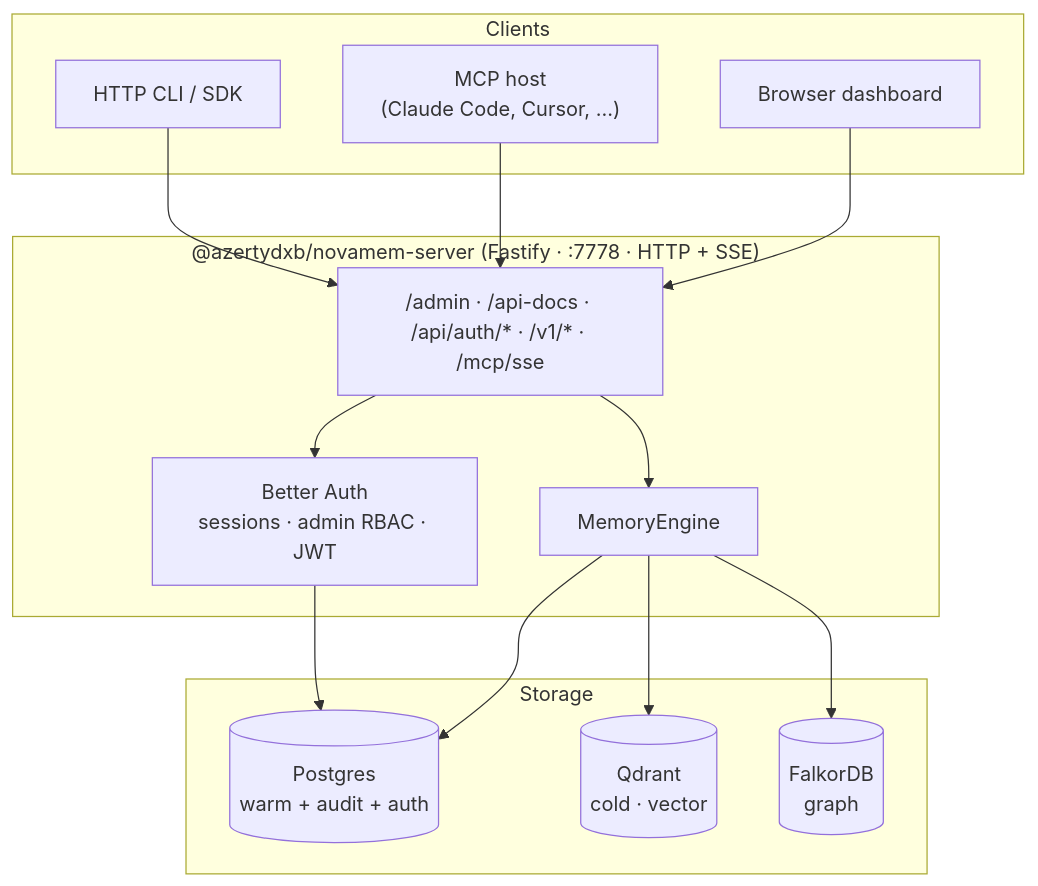
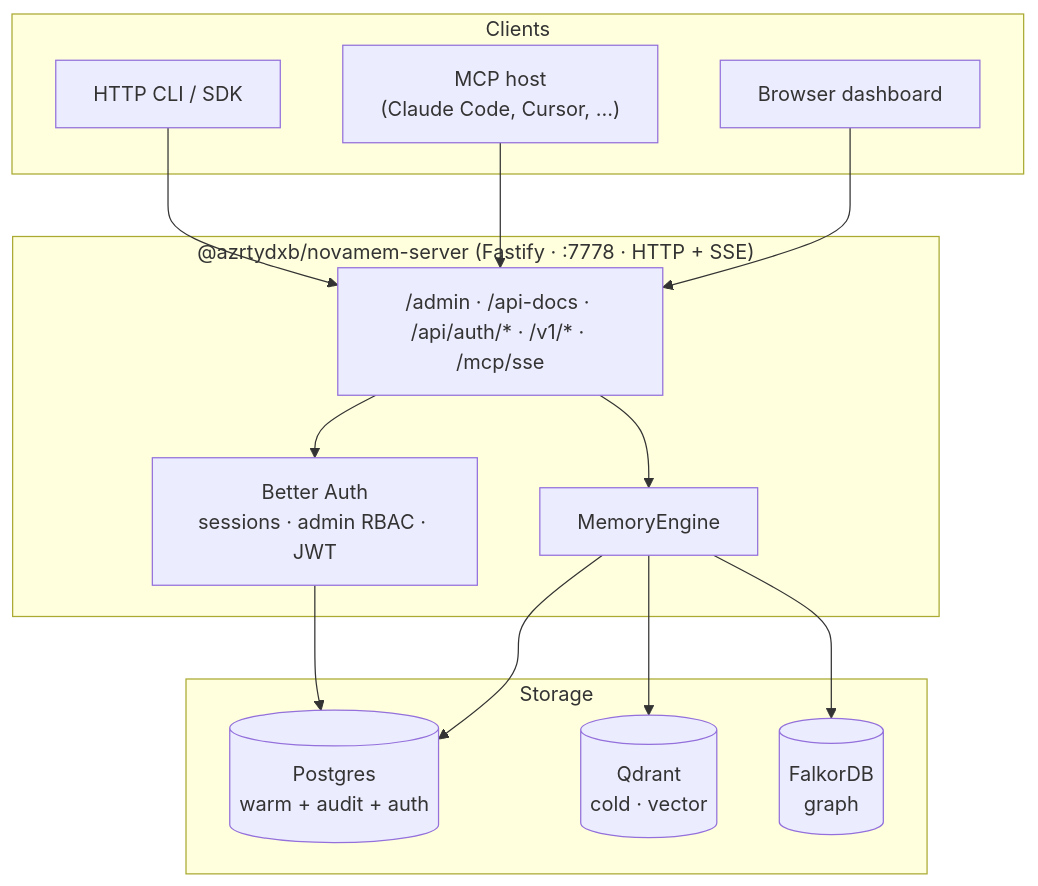
Before and after one commit to azrtydxb/novamem: the first of 4 diagrams in docs/architecture.md, drawn with Mermaid. The commit also changed 32 other files, not shown here.

First line of the commit message:
chore(release): correct npm scope @azertydxb → @azrtydxb (matches actual org)

````diff
--- a/docs/architecture.md
+++ b/docs/architecture.md
@@ -7,30 +7,30 @@
 ```mermaid
 flowchart TB
     subgraph clients["Clients"]
         DASH["Browser dashboard"]
         MCP["MCP host<br/>(Claude Code, Cursor, …)"]
         CLI["HTTP CLI / SDK"]
     end
 
-    subgraph server["@azertydxb/novamem-server (Fastify · :7778 · HTTP + SSE)"]
+    subgraph server["@azrtydxb/novamem-server (Fastify · :7778 · HTTP + SSE)"]
         ROUTES["/admin · /api-docs · /api/auth/* · /v1/* · /mcp/sse"]
         ENGINE["MemoryEngine"]
         BA["Better Auth<br/>sessions · admin RBAC · JWT"]
         ROUTES --> ENGINE
         ROUTES --> BA
     end
 
     subgraph stores["Storage"]
         PG[("Postgres<br/>warm + audit + auth")]
         QD[("Qdrant<br/>cold · vector")]
         FK[("FalkorDB<br/>graph")]
     end
 
     DASH --> ROUTES
     MCP --> ROUTES
     CLI --> ROUTES
     ENGINE --> PG
     ENGINE --> QD
     ENGINE --> FK
     BA --> PG
 ```
````
